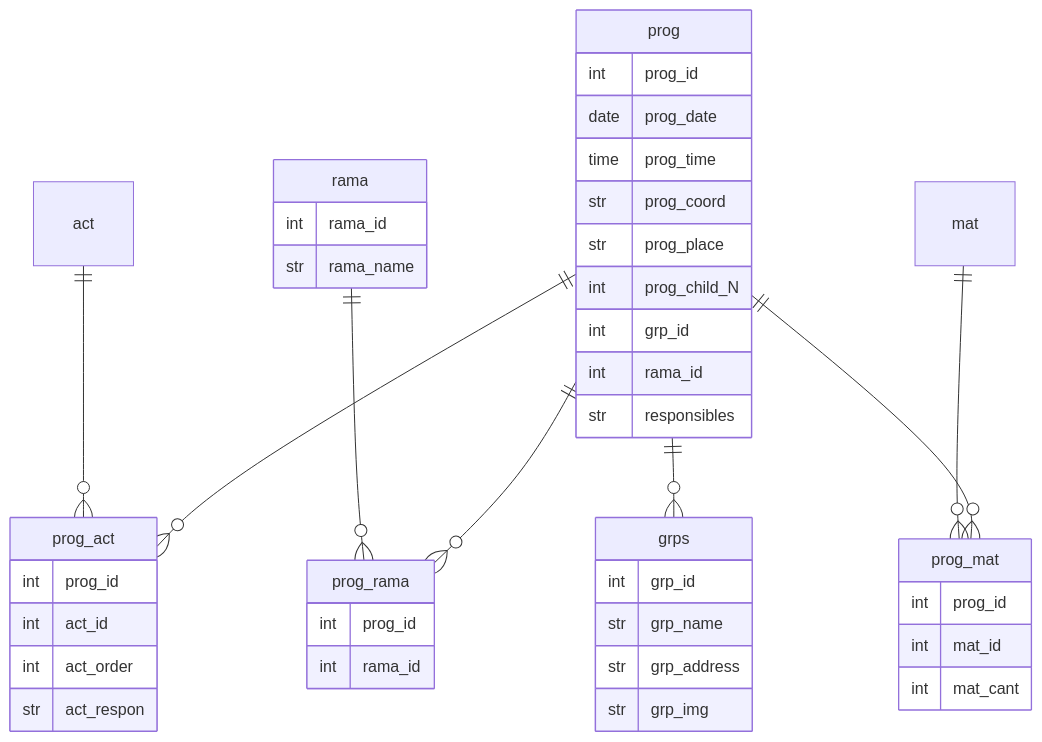
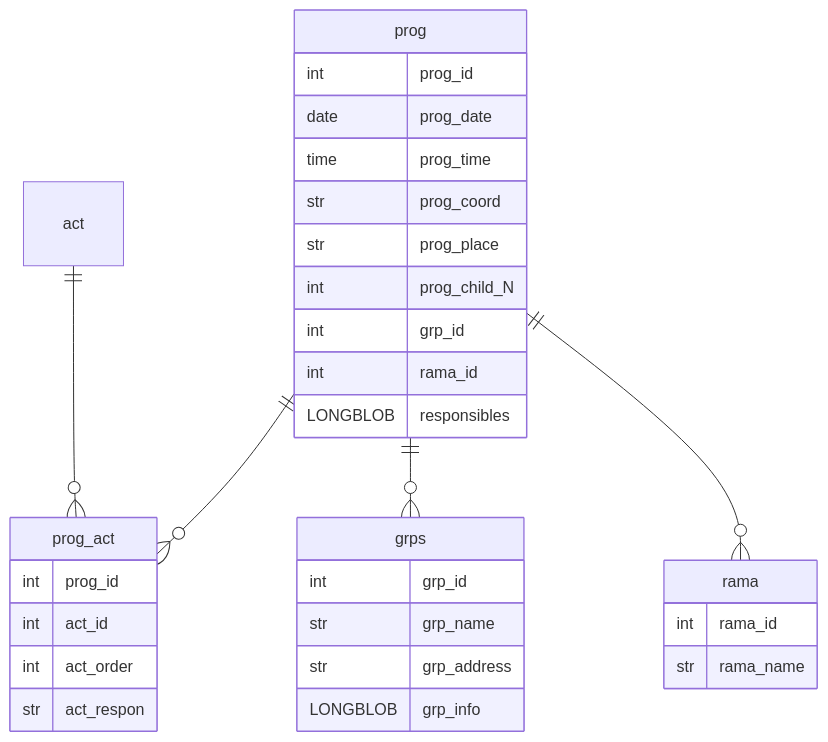
One commit to Covija97/badentracker changed the third of 3 diagrams in .md/2.db.md. Above: the diagram before and after it, drawn with Mermaid. The commit also changed other lines of this file, not shown here.

````diff
--- a/.md/2.db.md
+++ b/.md/2.db.md
@@ -153,53 +153,39 @@
 ```mermaid
 erDiagram
 
     prog {
         int prog_id
         date prog_date
         time prog_time
         str prog_coord
         str prog_place
         int prog_child_N
         int grp_id
         int rama_id
-        str responsibles
+        LONGBLOB responsibles
     }
 
     rama {
         int rama_id
         str rama_name
     }
 
     grps {
         int grp_id
         str grp_name
         str grp_address
-        str grp_img
+        LONGBLOB grp_info
     }
 
     prog_act {
         int prog_id
         int act_id
         int act_order
         str act_respon
     }
 
-    prog_rama {
-        int prog_id
-        int rama_id
-    }
-
-    prog_mat {
-        int prog_id
-        int mat_id
-        int mat_cant
-    }
-
     prog ||--o{ prog_act : ""
     act  ||--o{ prog_act : ""
-    prog ||--o{ prog_rama : ""
-    rama ||--o{ prog_rama : ""
-    prog ||--o{ prog_mat : ""
-    mat  ||--o{ prog_mat : ""
     prog ||--o{ grps : ""
+    prog ||--o{ rama : ""
 ```
````
